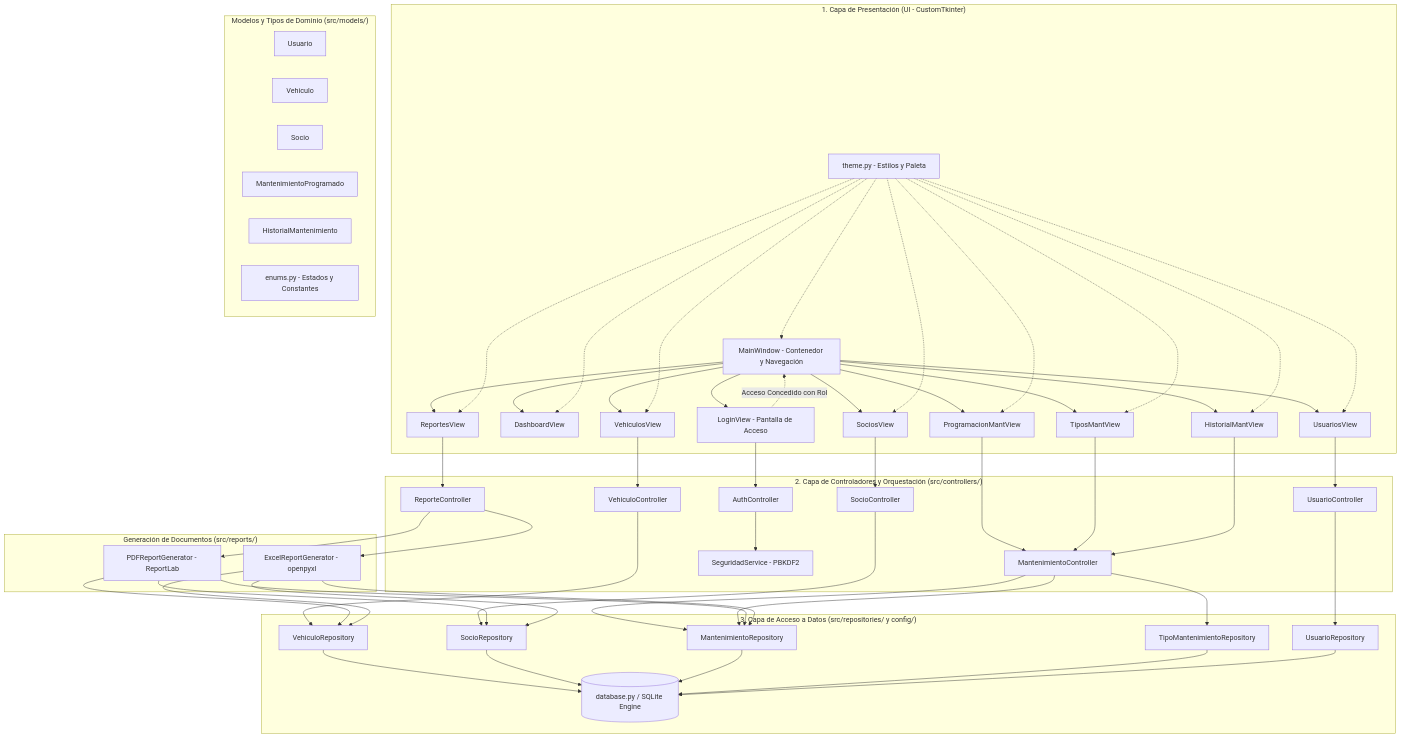
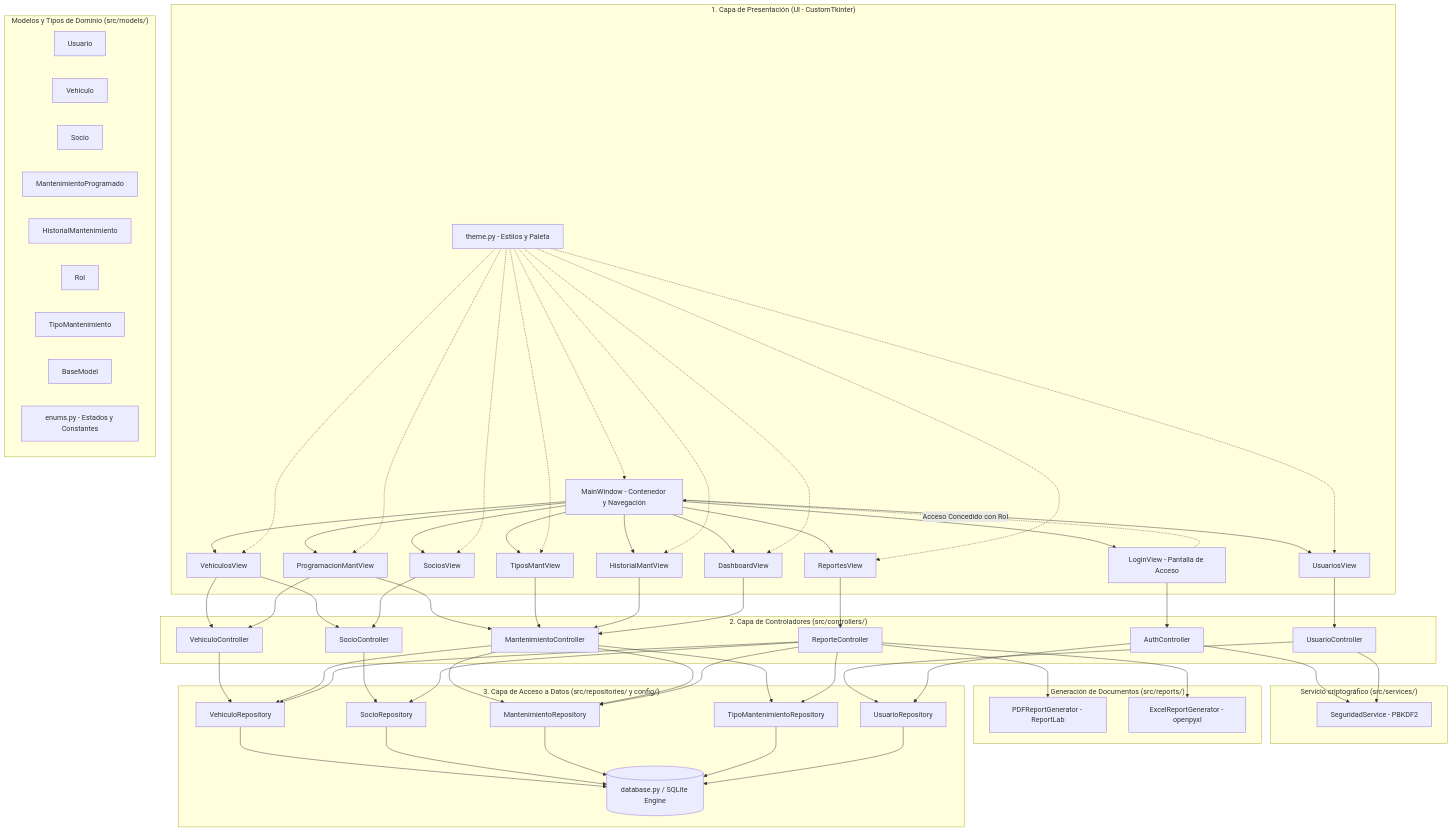
One commit to YOTR09/PROYECTO-MANTENIMIENTO changed the first of 2 diagrams in docs/ARQUITECTURA.md. Above: the diagram before and after it, drawn with Mermaid. The commit also changed other lines of this file and 46 other files, not shown here.

````diff
--- a/docs/ARQUITECTURA.md
+++ b/docs/ARQUITECTURA.md
@@ -11,65 +17,77 @@
 ```mermaid
 graph TD
     subgraph Presentacion ["1. Capa de Presentación (UI - CustomTkinter)"]
         MW[MainWindow - Contenedor y Navegación]
         V_Log[LoginView - Pantalla de Acceso]
         V_Dash[DashboardView]
         V_Veh[VehiculosView]
         V_Soc[SociosView]
         V_Prog[ProgramacionMantView]
         V_Tip[TiposMantView]
         V_Hist[HistorialMantView]
         V_Rep[ReportesView]
         V_Usr[UsuariosView]
         THEME[theme.py - Estilos y Paleta]
     end
 
     subgraph Dominio ["Modelos y Tipos de Dominio (src/models/)"]
         M_Usr[Usuario]
         M_Veh[Vehiculo]
         M_Soc[Socio]
         M_Mant[MantenimientoProgramado]
         M_Hist[HistorialMantenimiento]
+        M_Rol[Rol]
+        M_Tip[TipoMantenimiento]
+        BM[BaseModel]
         ENUMS[enums.py - Estados y Constantes]
     end
 
-    subgraph Controladores ["2. Capa de Controladores y Orquestación (src/controllers/)"]
+    subgraph Controladores ["2. Capa de Controladores (src/controllers/)"]
         C_Auth[AuthController]
         C_Usr[UsuarioController]
         C_Veh[VehiculoController]
         C_Soc[SocioController]
         C_Mant[MantenimientoController]
         C_Rep[ReporteController]
+    end
+
+    subgraph Servicios ["Servicio criptográfico (src/services/)"]
         S_Sec[SeguridadService - PBKDF2]
     end
 
     subgraph Reportes ["Generación de Documentos (src/reports/)"]
         REP_PDF[PDFReportGenerator - ReportLab]
         REP_XLS[ExcelReportGenerator - openpyxl]
     end
 
     subgraph Datos ["3. Capa de Acceso a Datos (src/repositories/ y config/)"]
         R_Usr[UsuarioRepository]
         R_Veh[VehiculoRepository]
         R_Soc[SocioRepository]
         R_Tip[TipoMantenimientoRepository]
         R_Mant[MantenimientoRepository]
         DB[(database.py / SQLite Engine)]
     end
 
     MW --> V_Log
     V_Log --> C_Auth --> S_Sec
     V_Log -.->|Acceso Concedido con Rol| MW
     MW --> V_Dash & V_Veh & V_Soc & V_Prog & V_Tip & V_Hist & V_Rep & V_Usr
     THEME -.-> MW & V_Dash & V_Veh & V_Soc & V_Prog & V_Tip & V_Hist & V_Rep & V_Usr
 
     V_Veh --> C_Veh --> R_Veh --> DB
+    V_Veh --> C_Soc
     V_Soc --> C_Soc --> R_Soc --> DB
     V_Prog --> C_Mant --> R_Mant --> DB
+    V_Prog --> C_Veh
+    C_Mant --> R_Veh
     V_Tip --> C_Mant --> R_Tip --> DB
     V_Hist --> C_Mant --> R_Mant
+    V_Dash --> C_Mant
     V_Usr --> C_Usr --> R_Usr --> DB
     V_Rep --> C_Rep
+    C_Rep --> R_Veh & R_Soc & R_Mant & R_Tip
     C_Rep --> REP_PDF & REP_XLS
-    REP_PDF & REP_XLS --> R_Veh & R_Soc & R_Mant
+    C_Auth --> R_Usr
+    C_Usr --> S_Sec
 ```
````
